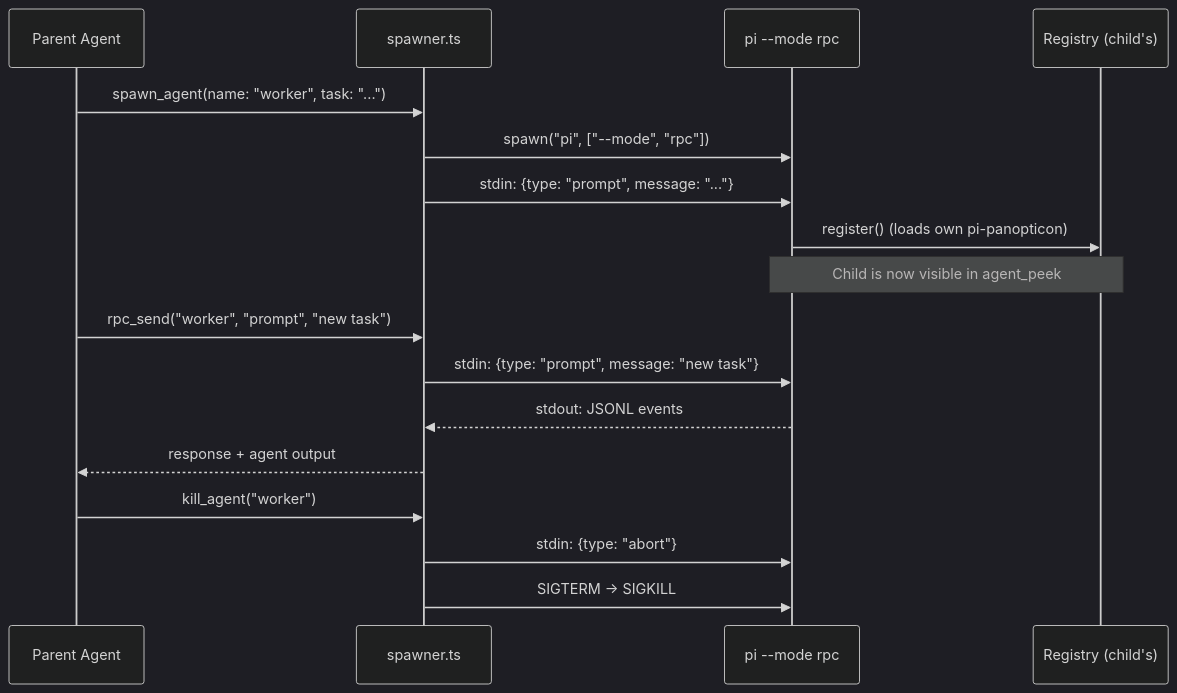
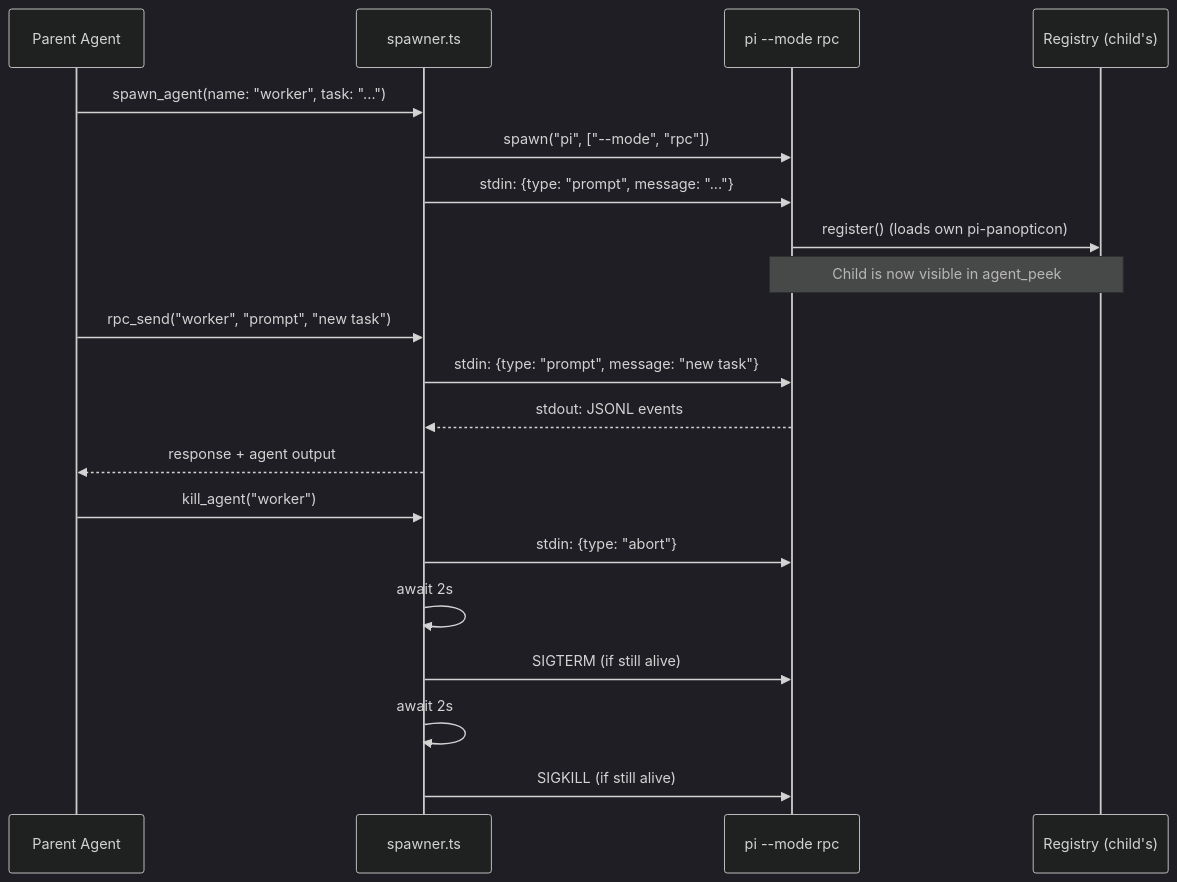
One commit to tS7hKamAYL84j91/pi-tools-and-skills changed the third of 3 diagrams in docs/C4-DataFlow.md. Above: the diagram before and after it, drawn with Mermaid (dark theme). The commit also changed other lines of this file and 27 other files, not shown here.

````diff
--- a/docs/C4-DataFlow.md
+++ b/docs/C4-DataFlow.md
@@ -68,22 +65,25 @@
 ```mermaid
 sequenceDiagram
     participant A as Parent Agent
     participant SP as spawner.ts
     participant Child as pi --mode rpc
     participant Reg as Registry (child's)
 
     A->>SP: spawn_agent(name: "worker", task: "...")
     SP->>Child: spawn("pi", ["--mode", "rpc"])
     SP->>Child: stdin: {type: "prompt", message: "..."}
     Child->>Reg: register() (loads own pi-panopticon)
     Note over Child,Reg: Child is now visible in agent_peek
 
     A->>SP: rpc_send("worker", "prompt", "new task")
     SP->>Child: stdin: {type: "prompt", message: "new task"}
     Child-->>SP: stdout: JSONL events
     SP-->>A: response + agent output
 
     A->>SP: kill_agent("worker")
     SP->>Child: stdin: {type: "abort"}
-    SP->>Child: SIGTERM → SIGKILL
+    SP->>SP: await 2s
+    SP->>Child: SIGTERM (if still alive)
+    SP->>SP: await 2s
+    SP->>Child: SIGKILL (if still alive)
 ```
````
